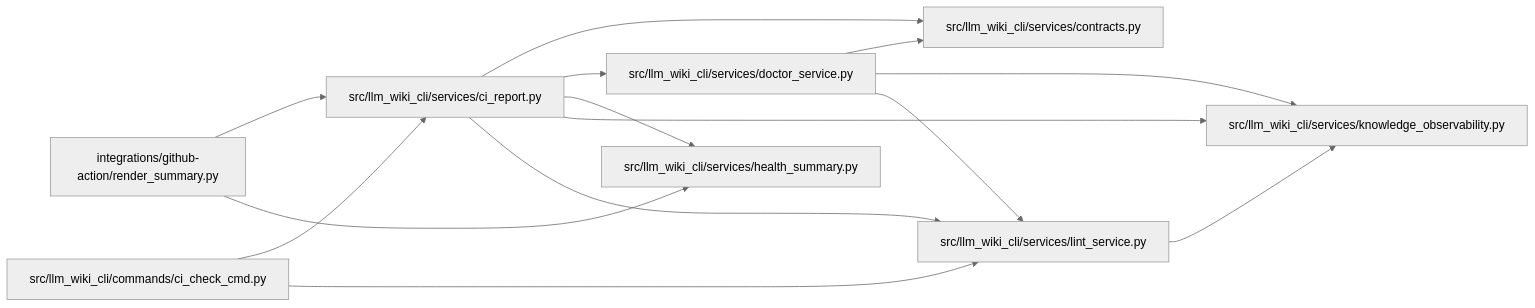
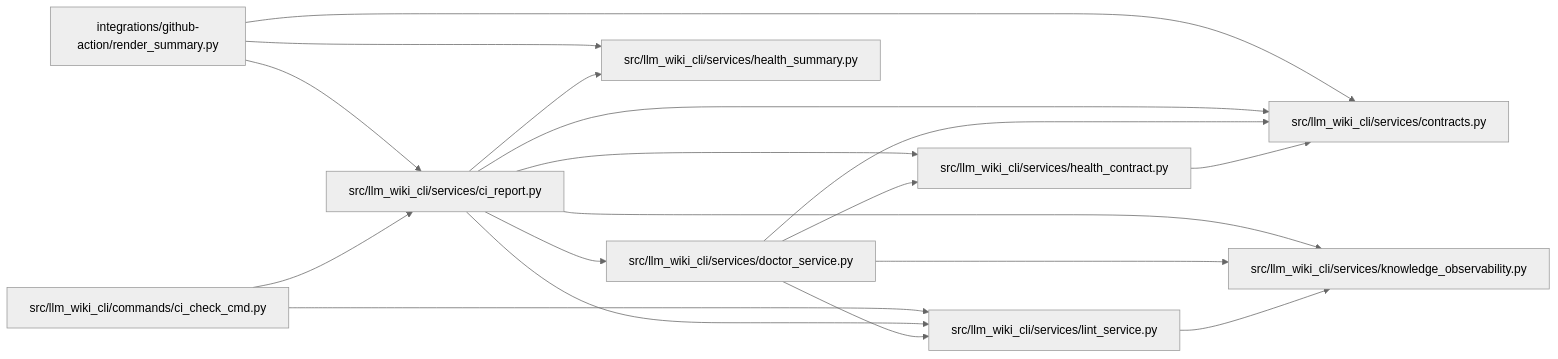
The diagram in docs/llm_wiki/modules/ci_report.md (Denissvgn/python-wiki-llm), drawn with Mermaid (neutral theme) before and after one commit. The commit also changed other lines of this file and 463 other files, not shown here.

Commit message:
docs(wiki): synchronize captured health report contracts

````diff
--- a/docs/llm_wiki/modules/ci_report.md
+++ b/docs/llm_wiki/modules/ci_report.md
@@ -36,32 +37,38 @@
 ```mermaid
 flowchart LR
     n0["integrations/github-action/render_summary.py"]
     n1["src/llm_wiki_cli/commands/ci_check_cmd.py"]
     n2["src/llm_wiki_cli/services/ci_report.py"]
     n3["src/llm_wiki_cli/services/contracts.py"]
     n4["src/llm_wiki_cli/services/doctor_service.py"]
-    n5["src/llm_wiki_cli/services/health_summary.py"]
-    n6["src/llm_wiki_cli/services/knowledge_observability.py"]
-    n7["src/llm_wiki_cli/services/lint_service.py"]
+    n5["src/llm_wiki_cli/services/health_contract.py"]
+    n6["src/llm_wiki_cli/services/health_summary.py"]
+    n7["src/llm_wiki_cli/services/knowledge_observability.py"]
+    n8["src/llm_wiki_cli/services/lint_service.py"]
     n0 --> n2
-    n0 --> n5
+    n0 --> n3
+    n0 --> n6
     n1 --> n2
-    n1 --> n7
+    n1 --> n8
     n2 --> n3
     n2 --> n4
     n2 --> n5
     n2 --> n6
     n2 --> n7
+    n2 --> n8
     n4 --> n3
-    n4 --> n6
+    n4 --> n5
     n4 --> n7
-    n7 --> n6
+    n4 --> n8
+    n5 --> n3
+    n8 --> n7
     click n0 "../modules/render_summary.md"
     click n1 "../modules/ci_check_cmd.md"
     click n2 "../modules/ci_report.md"
     click n3 "../modules/services_contracts.md"
     click n4 "../modules/doctor_service.md"
-    click n5 "../modules/health_summary.md"
-    click n6 "../modules/knowledge_observability.md"
-    click n7 "../modules/lint_service.md"
+    click n5 "../modules/health_contract.md"
+    click n6 "../modules/health_summary.md"
+    click n7 "../modules/knowledge_observability.md"
+    click n8 "../modules/lint_service.md"
 ```
````
